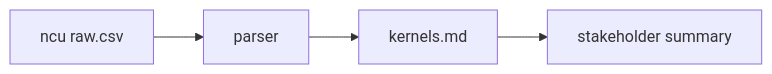
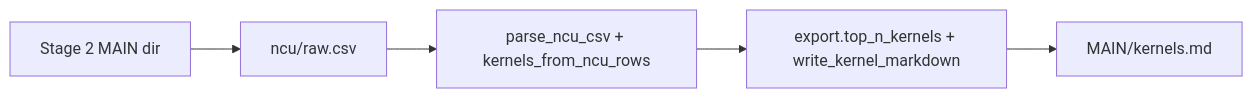
Before and after one commit to CodeGandee/llm-perf-opt: the diagram in context/tasks/002-nvidia-llm-profiling/impl-phase-4-us2.md, drawn with Mermaid. The commit also changed other lines of this file and 18 other files, not shown here.

````diff
--- a/context/tasks/002-nvidia-llm-profiling/impl-phase-4-us2.md
+++ b/context/tasks/002-nvidia-llm-profiling/impl-phase-4-us2.md
@@ -34,6 +41,7 @@
 ```mermaid
 graph LR
-    N[ncu raw.csv] --> P[parser]
-    P --> K[kernels.md]
-    K --> S[stakeholder summary]
+    A[Stage 2 MAIN dir] --> R[ncu/raw.csv]
+    R --> P[parse_ncu_csv + kernels_from_ncu_rows]
+    P --> E[export.top_n_kernels + write_kernel_markdown]
+    E --> M[MAIN/kernels.md]
 ```
````
